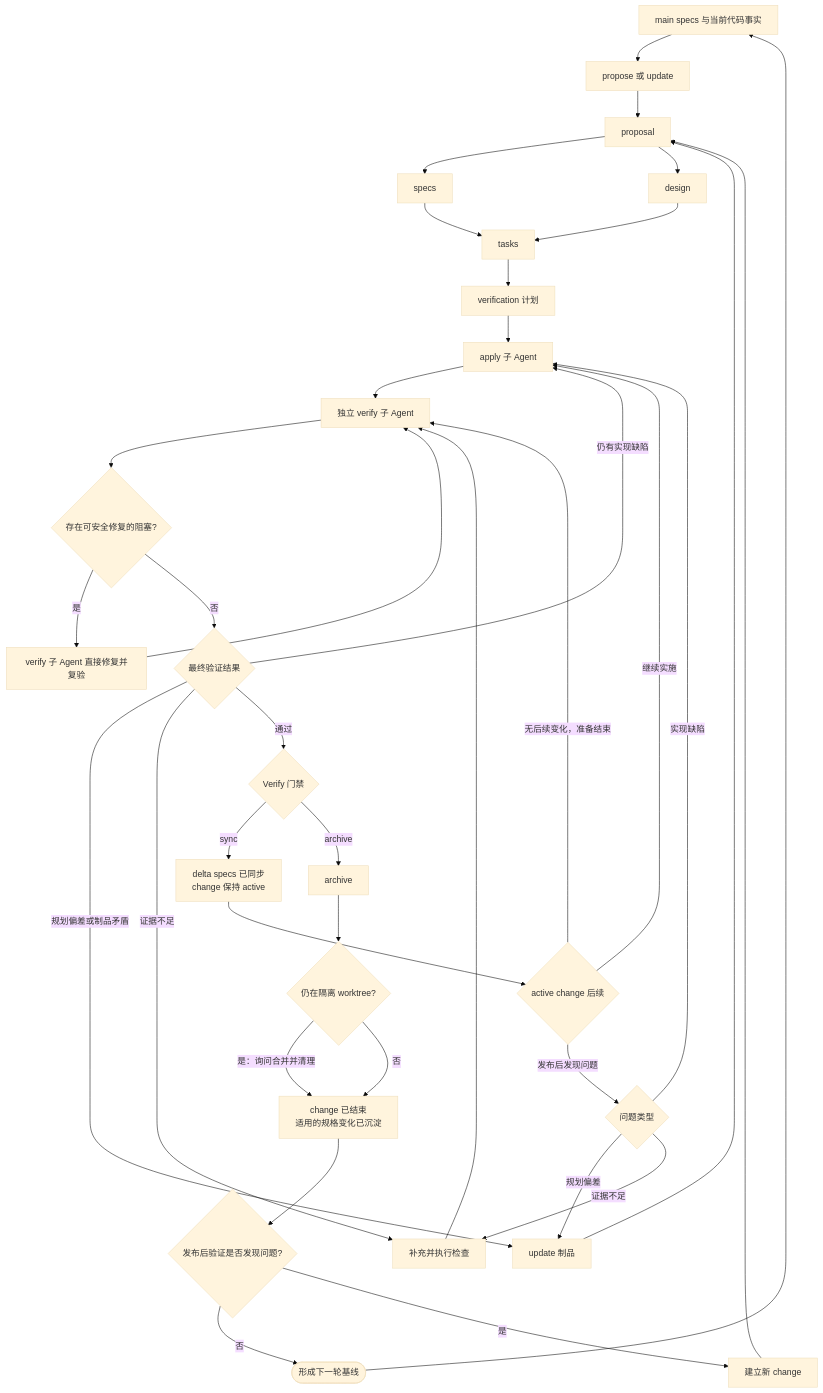
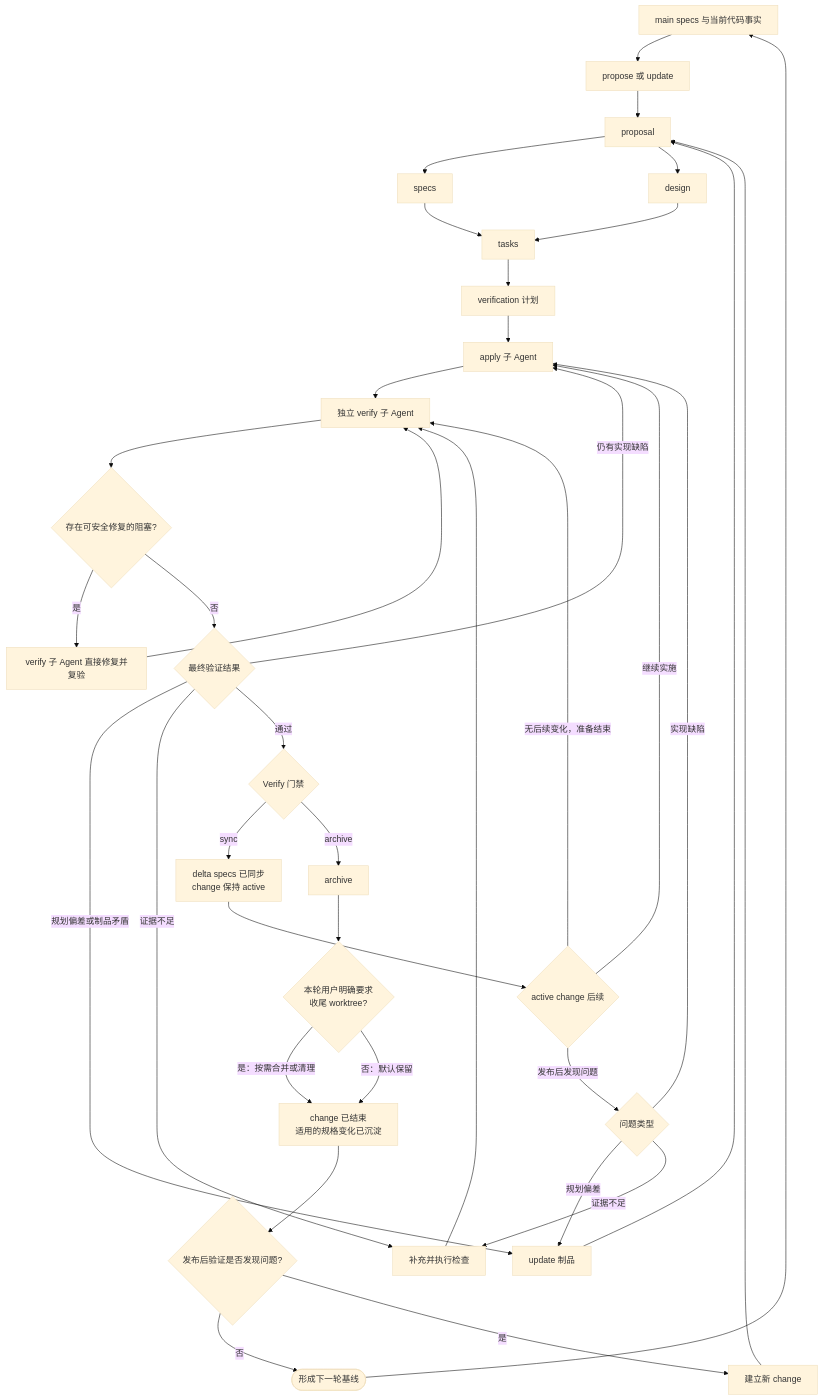
One commit to youpinyao/ai-tools changed the second of 2 diagrams in docs/ai-sdd-workflow.md. Above: the diagram before and after it, drawn with Mermaid (base theme). The commit also changed 2 other files, not shown here.

Commit message:
fix(openspec): 修正文档契约与升级冒烟

````diff
--- a/docs/ai-sdd-workflow.md
+++ b/docs/ai-sdd-workflow.md
@@ -61,44 +61,44 @@
 ```mermaid
 flowchart TD
     Baseline[main specs 与当前代码事实] --> Plan[propose 或 update]
     Plan --> Proposal[proposal]
     Proposal --> Specs[specs]
     Proposal --> Design[design]
     Specs --> Tasks[tasks]
     Design --> Tasks
     Tasks --> VerificationPlan[verification 计划]
     VerificationPlan --> ApplyLoop[apply 子 Agent]
     ApplyLoop --> VerifyLoop[独立 verify 子 Agent]
     VerifyLoop --> Repairable{存在可安全修复的阻塞?}
     Repairable -->|是| RepairInVerify[verify 子 Agent 直接修复并复验]
     RepairInVerify --> VerifyLoop
     Repairable -->|否| VerifyResult{最终验证结果}
 
     VerifyResult -->|仍有实现缺陷| ApplyLoop
     VerifyResult -->|规划偏差或制品矛盾| UpdateArtifacts[update 制品]
     UpdateArtifacts --> Proposal
     VerifyResult -->|证据不足| AddChecks[补充并执行检查]
     AddChecks --> VerifyLoop
 
     VerifyResult -->|通过| Gate{Verify 门禁}
     Gate -->|sync| Synced[delta specs 已同步<br/>change 保持 active]
     Synced --> ActiveNext{active change 后续}
     ActiveNext -->|继续实施| ApplyLoop
     ActiveNext -->|发布后发现问题| ActiveProblem{问题类型}
     ActiveProblem -->|实现缺陷| ApplyLoop
     ActiveProblem -->|规划偏差| UpdateArtifacts
     ActiveProblem -->|证据不足| AddChecks
     ActiveNext -->|无后续变化，准备结束| VerifyLoop
     Gate -->|archive| ArchiveLoop
 
     ArchiveLoop[archive]
-    ArchiveLoop --> WorktreeFinish{仍在隔离 worktree?}
-    WorktreeFinish -->|是：询问合并并清理| Closed
-    WorktreeFinish -->|否| Closed
+    ArchiveLoop --> WorktreeFinish{本轮用户明确要求<br/>收尾 worktree?}
+    WorktreeFinish -->|是：按需合并或清理| Closed
+    WorktreeFinish -->|否：默认保留| Closed
     Closed[change 已结束<br/>适用的规格变化已沉淀]
     Closed --> PostRelease{发布后验证是否发现问题?}
     PostRelease -->|否| NewBaseline([形成下一轮基线])
     NewBaseline --> Baseline
     PostRelease -->|是| NewChange[建立新 change]
     NewChange --> Proposal
 ```
````
